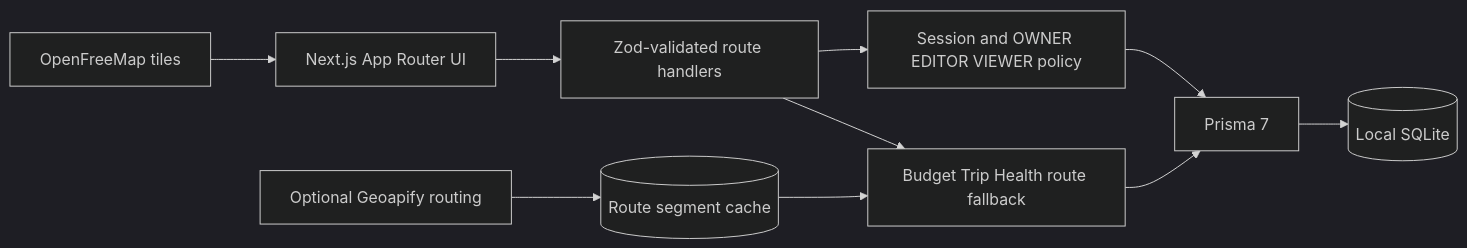
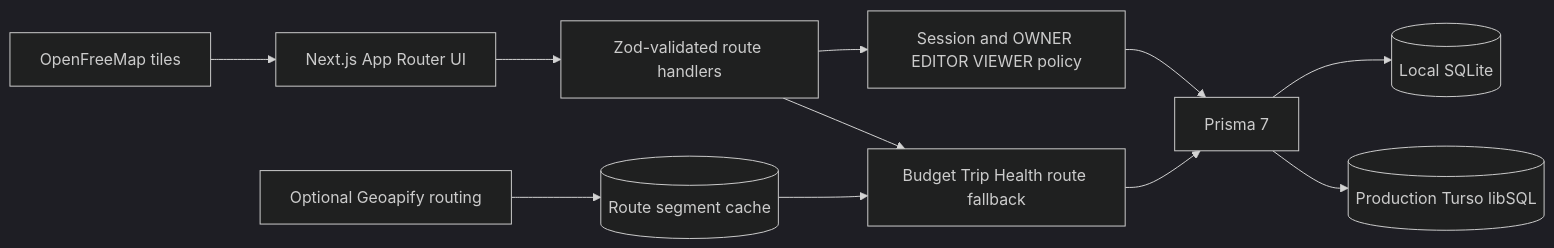
One commit to Abhichandani-Yash-Manish/GlobeTrotter changed the first of 2 diagrams in README.md. Above: the diagram before and after it, drawn with Mermaid (dark theme). The commit also changed other lines of this file, not shown here.

````diff
--- a/README.md
+++ b/README.md
@@ -80,12 +94,13 @@
 ```mermaid
 flowchart LR
   UI[Next.js App Router UI] --> API[Zod-validated route handlers]
   API --> Access[Session and OWNER EDITOR VIEWER policy]
   API --> Domain[Budget Trip Health route fallback]
   Access --> Prisma[Prisma 7]
   Domain --> Prisma
   Prisma --> SQLite[(Local SQLite)]
+  Prisma --> Turso[(Production Turso libSQL)]
   Geo[Optional Geoapify routing] --> Cache[(Route segment cache)]
   Cache --> Domain
   Tiles[OpenFreeMap tiles] --> UI
 ```
````
